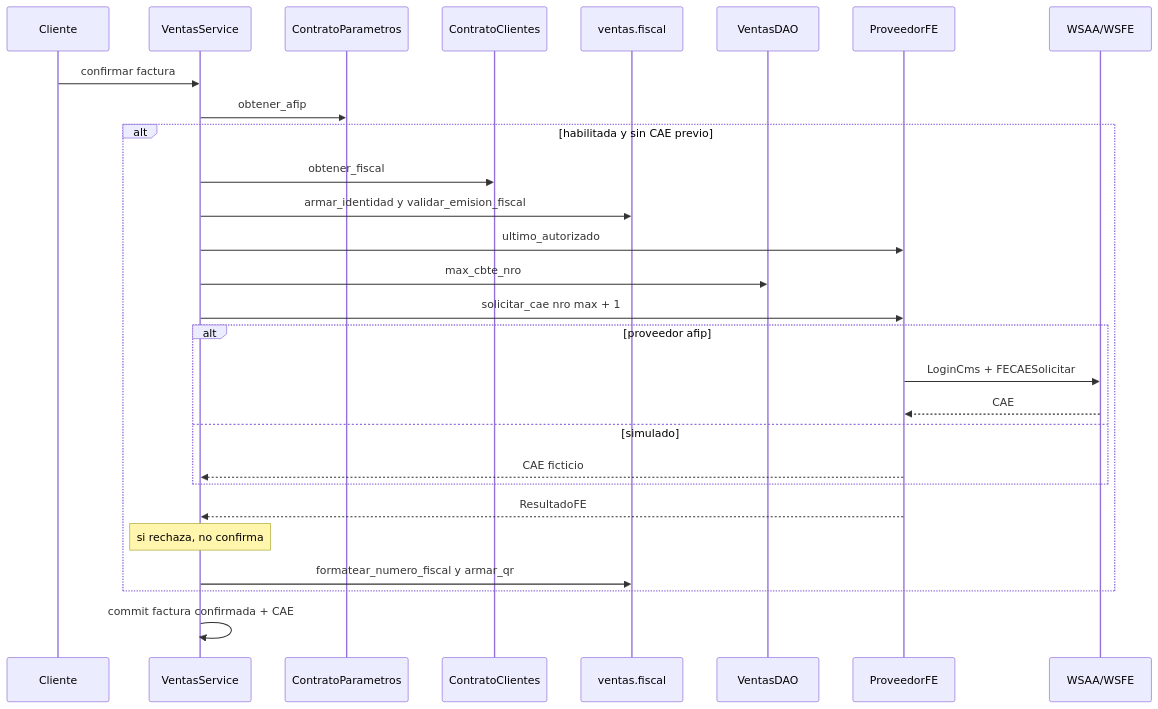
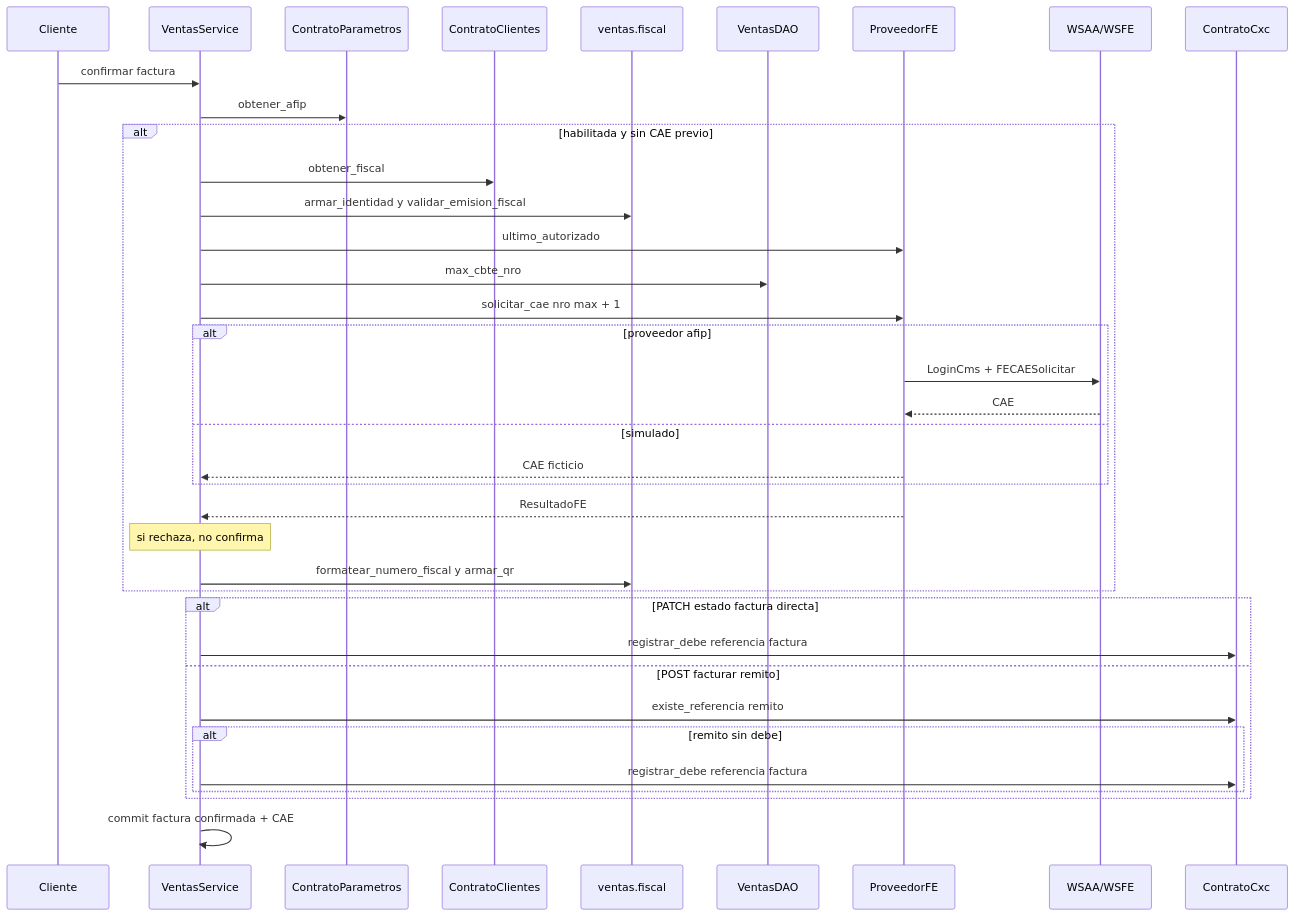
One commit to estsan3/ventas360-api changed the second of 2 diagrams in docs/diagramas/ventas.md. Above: the diagram before and after it, drawn with Mermaid. The commit also changed other lines of this file and 21 other files, not shown here.

First line of the commit message:
docs: diagramas de secuencia por módulo (sync 2026-09-27)

````diff
--- a/docs/diagramas/ventas.md
+++ b/docs/diagramas/ventas.md
@@ -43,31 +49,40 @@
 ```mermaid
 sequenceDiagram
     participant Cliente
     participant Service as VentasService
     participant Param as ContratoParametros
     participant Clientes as ContratoClientes
     participant Fiscal as ventas.fiscal
     participant DAO as VentasDAO
     participant FE as ProveedorFE
     participant ARCA as WSAA/WSFE
+    participant Cxc as ContratoCxc
 
     Cliente->>Service: confirmar factura
     Service->>Param: obtener_afip
     alt habilitada y sin CAE previo
         Service->>Clientes: obtener_fiscal
         Service->>Fiscal: armar_identidad y validar_emision_fiscal
         Service->>FE: ultimo_autorizado
         Service->>DAO: max_cbte_nro
         Service->>FE: solicitar_cae nro max + 1
         alt proveedor afip
             FE->>ARCA: LoginCms + FECAESolicitar
             ARCA-->>FE: CAE
         else simulado
             FE-->>Service: CAE ficticio
         end
         FE-->>Service: ResultadoFE
         Note over Service: si rechaza, no confirma
         Service->>Fiscal: formatear_numero_fiscal y armar_qr
     end
+    alt PATCH estado factura directa
+        Service->>Cxc: registrar_debe referencia factura
+    else POST facturar remito
+        Service->>Cxc: existe_referencia remito
+        alt remito sin debe
+            Service->>Cxc: registrar_debe referencia factura
+        end
+    end
     Service->>Service: commit factura confirmada + CAE
 ```
````
